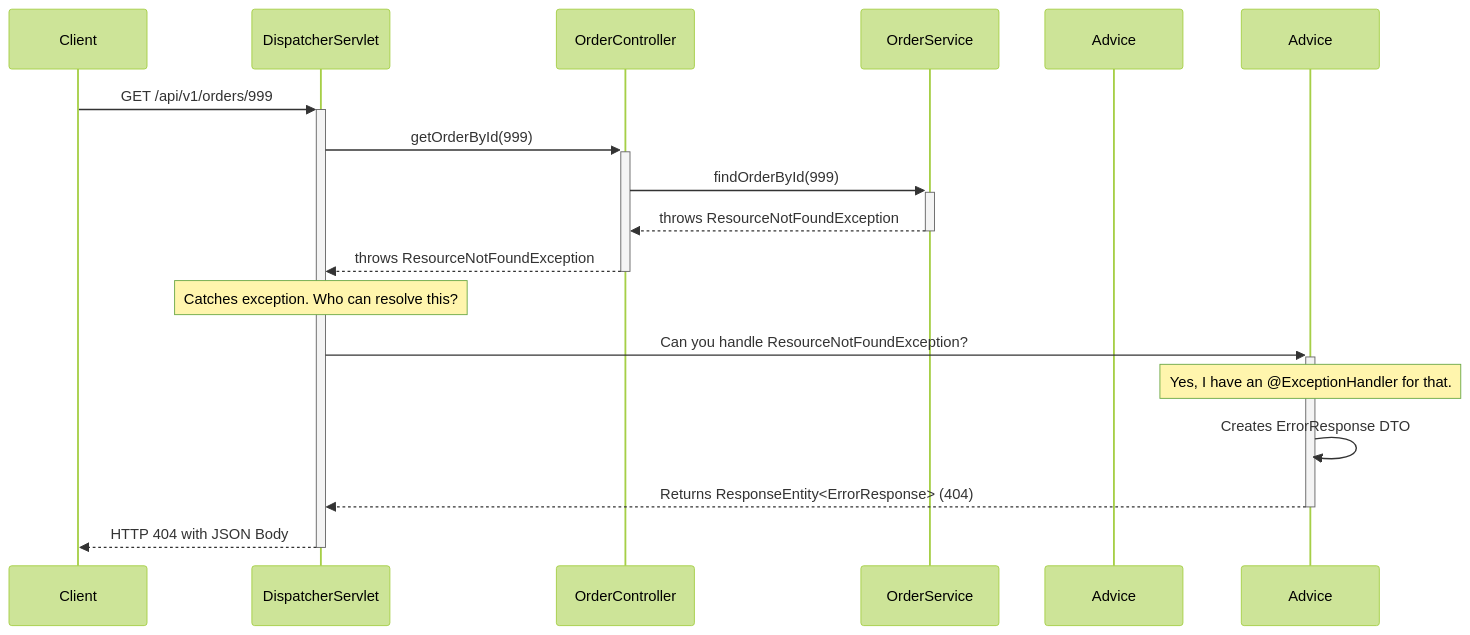
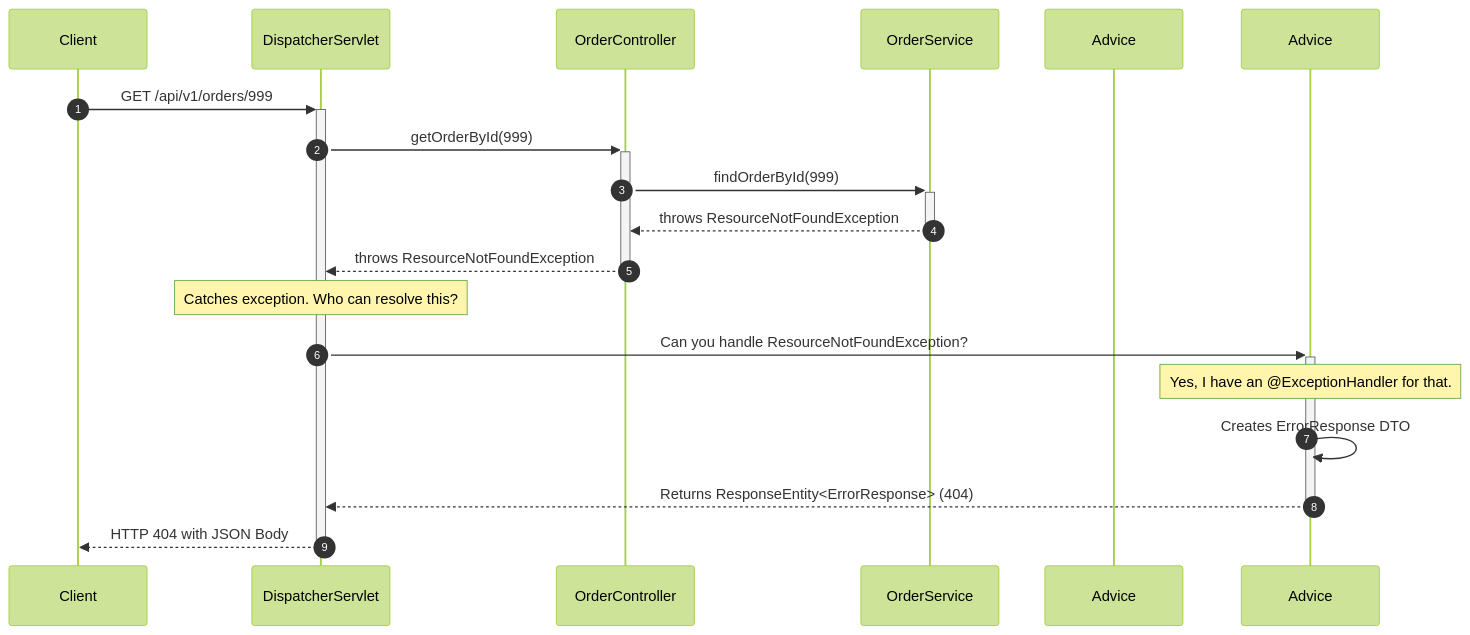
Before and after one commit to Ashjha75/MyDocs: the second of 2 diagrams in src/content/docs/springboot/projectdocs/exception-handling.md, drawn with Mermaid (forest theme). The commit also changed 1 other file, not shown here.

Commit message:
Refactor: Update Mermaid diagrams in exception handling and remove outdated configuration in springboot starter

````diff
--- a/src/content/docs/springboot/projectdocs/exception-handling.md
+++ b/src/content/docs/springboot/projectdocs/exception-handling.md
@@ -247,22 +247,23 @@
 ```mermaid
+
 sequenceDiagram
-    participant Client
-    participant DispatcherServlet
-    participant OrderController
-    participant OrderService
-    participant GlobalExceptionHandler as Advice
+  participant Client as Client
+  participant DispatcherServlet as DispatcherServlet
+  participant OrderController as OrderController
+  participant OrderService as OrderService
+  participant GlobalExceptionHandler as Advice
+  participant Advice as Advice
+  autonumber
+  Client ->>+ DispatcherServlet: GET /api/v1/orders/999
+  DispatcherServlet ->>+ OrderController: getOrderById(999)
+  OrderController ->>+ OrderService: findOrderById(999)
+  OrderService -->>- OrderController: throws ResourceNotFoundException
+  OrderController -->>- DispatcherServlet: throws ResourceNotFoundException
+  Note over DispatcherServlet: Catches exception. Who can resolve this?
+  DispatcherServlet ->>+ Advice: Can you handle ResourceNotFoundException?
+  Note over Advice: Yes, I have an @ExceptionHandler for that.
+  Advice ->> Advice: Creates ErrorResponse DTO
+  Advice -->>- DispatcherServlet: Returns ResponseEntity<ErrorResponse> (404)
+  DispatcherServlet -->>- Client: HTTP 404 with JSON Body
 
-    Client->>+DispatcherServlet: GET /api/v1/orders/999
-    DispatcherServlet->>+OrderController: getOrderById(999)
-    OrderController->>+OrderService: findOrderById(999)
-    OrderService-->>-OrderController: throws ResourceNotFoundException
-    OrderController-->>-DispatcherServlet: throws ResourceNotFoundException
-    
-    Note over DispatcherServlet: Catches exception. Who can resolve this?
-    DispatcherServlet->>+Advice: Can you handle ResourceNotFoundException?
-    Note over Advice: Yes, I have an @ExceptionHandler for that.
-    
-    Advice->>Advice: Creates ErrorResponse DTO
-    Advice-->>-DispatcherServlet: Returns ResponseEntity<ErrorResponse> (404)
-    DispatcherServlet-->>-Client: HTTP 404 with JSON Body
 ```
````
